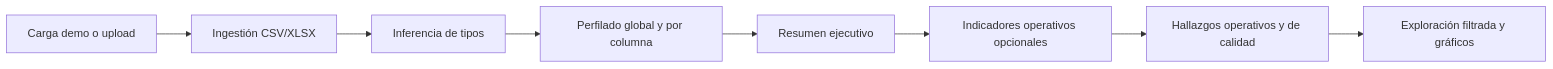
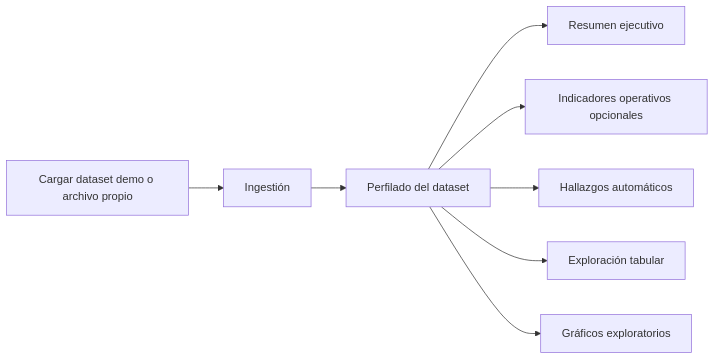
Before and after one commit to Agus-Delgado/Paradigm-: the diagram in README.md, drawn with Mermaid. The commit also changed other lines of this file and 2 other files, not shown here.

Commit message:
feat: improve Paradigm demo UX and update README

````diff
--- a/README.md
+++ b/README.md
@@ -147,10 +67,10 @@
 ```mermaid
 flowchart LR
-  A[Carga demo o upload] --> B[Ingestión CSV/XLSX]
-  B --> C[Inferencia de tipos]
-  C --> D[Perfilado global y por columna]
-  D --> E[Resumen ejecutivo]
-  E --> F[Indicadores operativos opcionales]
-  F --> G[Hallazgos operativos y de calidad]
-  G --> H[Exploración filtrada y gráficos]
+    A[Cargar dataset demo o archivo propio] --> B[Ingestión]
+    B --> C[Perfilado del dataset]
+    C --> D[Resumen ejecutivo]
+    C --> E[Indicadores operativos opcionales]
+    C --> F[Hallazgos automáticos]
+    C --> G[Exploración tabular]
+    C --> H[Gráficos exploratorios]
 ```
````
